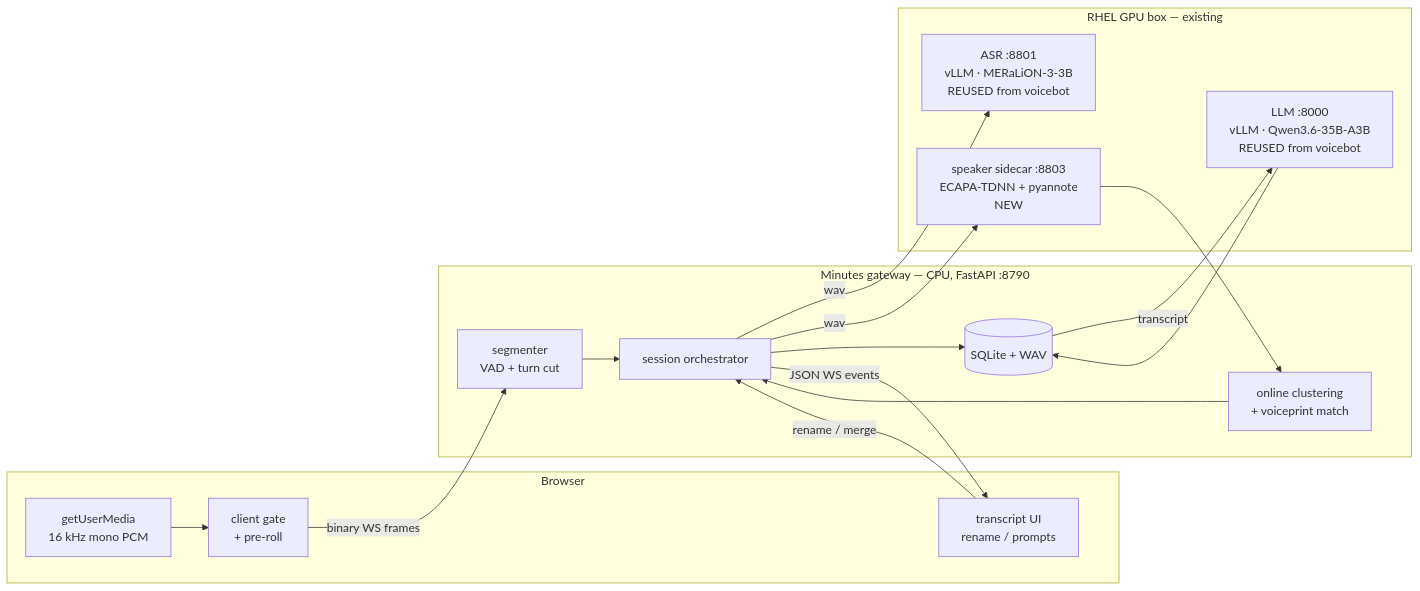
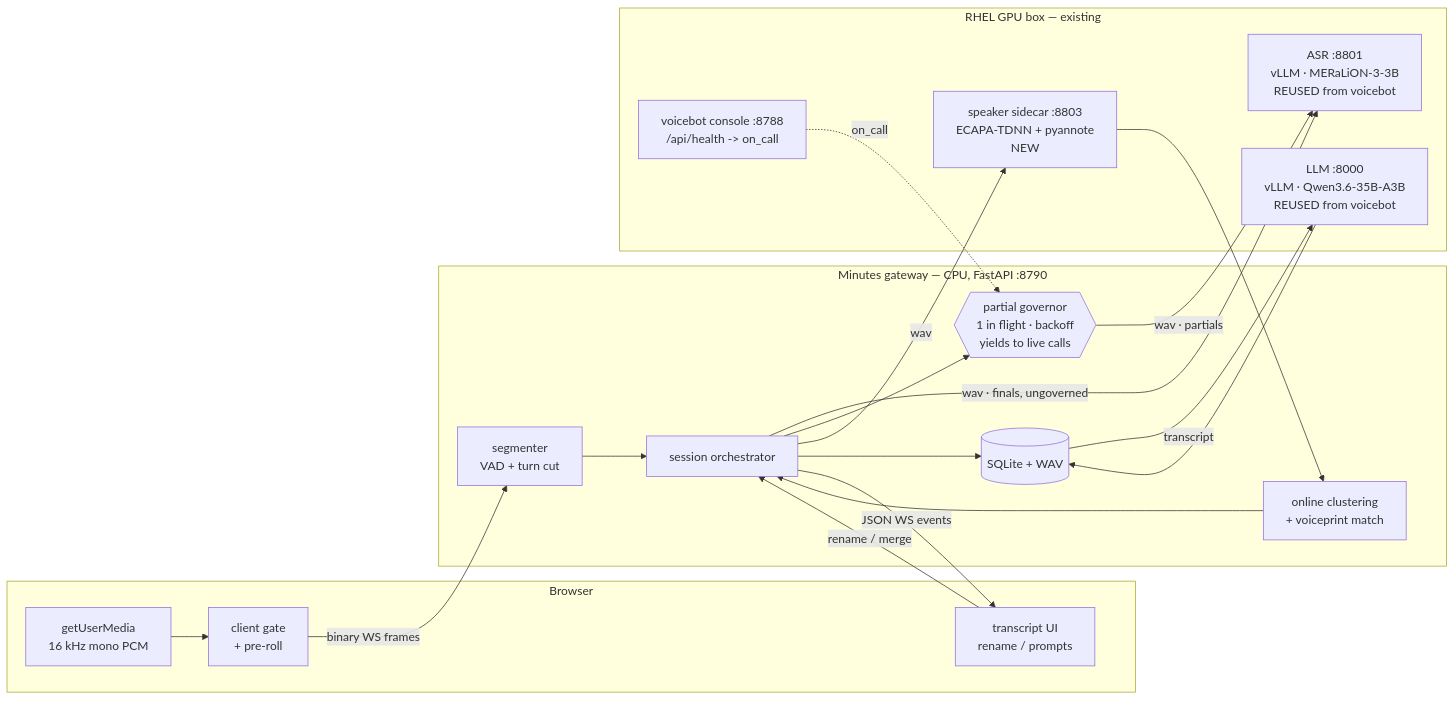
One commit to wyichew2708/voice-meeting-minutes changed the diagram in docs/solution-design.md. Above: the diagram before and after it, drawn with Mermaid. The commit also changed other lines of this file and 2 other files, not shown here.

First line of the commit message:
Decide interim transcripts: reuse voicebot's ASR, no second replica

````diff
--- a/docs/solution-design.md
+++ b/docs/solution-design.md
@@ -65,31 +65,35 @@
 ```mermaid
 flowchart LR
   subgraph Browser
     MIC[getUserMedia<br/>16 kHz mono PCM]
     VAD[client gate<br/>+ pre-roll]
     UI[transcript UI<br/>rename / prompts]
   end
 
   subgraph Gateway["Minutes gateway — CPU, FastAPI :8790"]
     SEG[segmenter<br/>VAD + turn cut]
     ORCH[session orchestrator]
+    GOV{{partial governor<br/>1 in flight · backoff<br/>yields to live calls}}
     CLU[online clustering<br/>+ voiceprint match]
     STORE[(SQLite + WAV)]
   end
 
   subgraph GPU["RHEL GPU box — existing"]
     ASR["ASR :8801<br/>vLLM · MERaLiON-3-3B<br/>REUSED from voicebot"]
     EMB["speaker sidecar :8803<br/>ECAPA-TDNN + pyannote<br/>NEW"]
     LLM["LLM :8000<br/>vLLM · Qwen3.6-35B-A3B<br/>REUSED from voicebot"]
+    VB["voicebot console :8788<br/>/api/health -> on_call"]
   end
 
   MIC --> VAD -->|binary WS frames| SEG
   SEG --> ORCH
-  ORCH -->|wav| ASR
+  ORCH -->|wav · finals, ungoverned| ASR
+  ORCH --> GOV -->|wav · partials| ASR
+  VB -.->|on_call| GOV
   ORCH -->|wav| EMB
   EMB --> CLU --> ORCH
   ORCH --> STORE
   ORCH -->|JSON WS events| UI
   UI -->|rename / merge| ORCH
   STORE -->|transcript| LLM --> STORE
 ```
````
